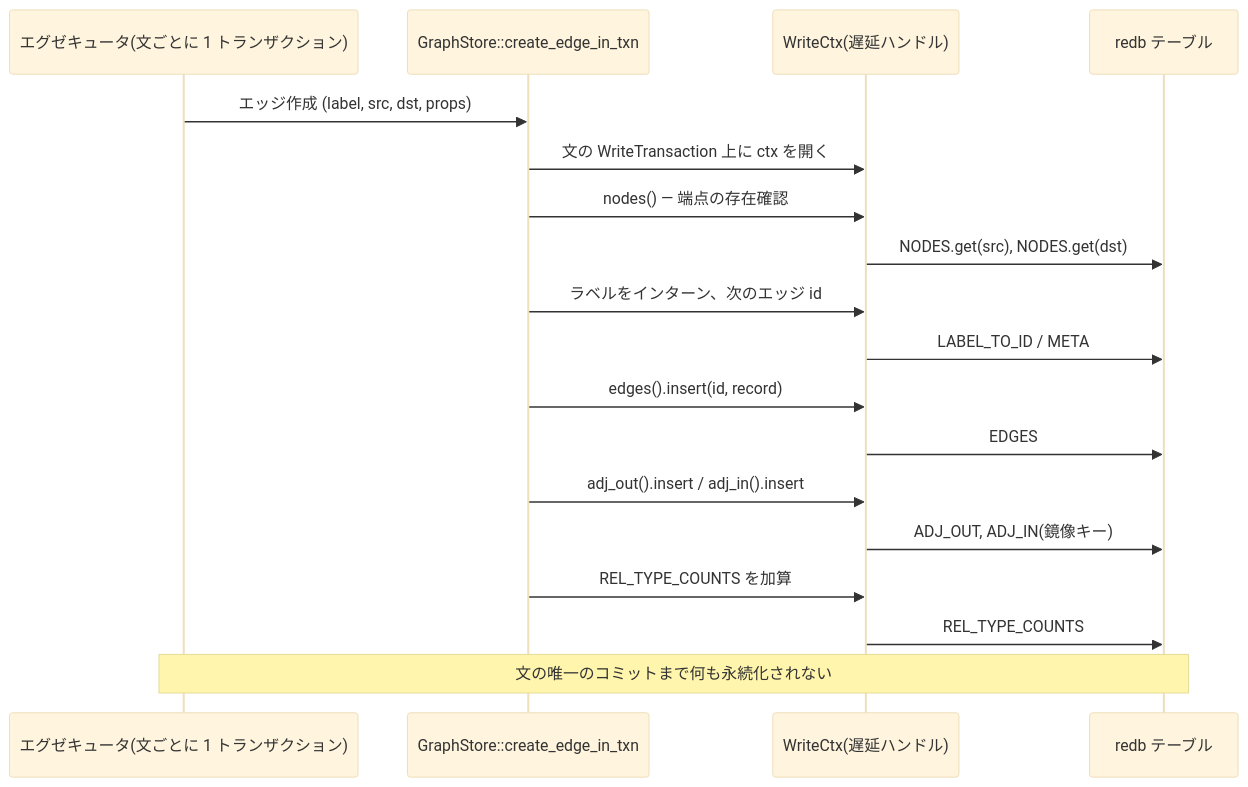
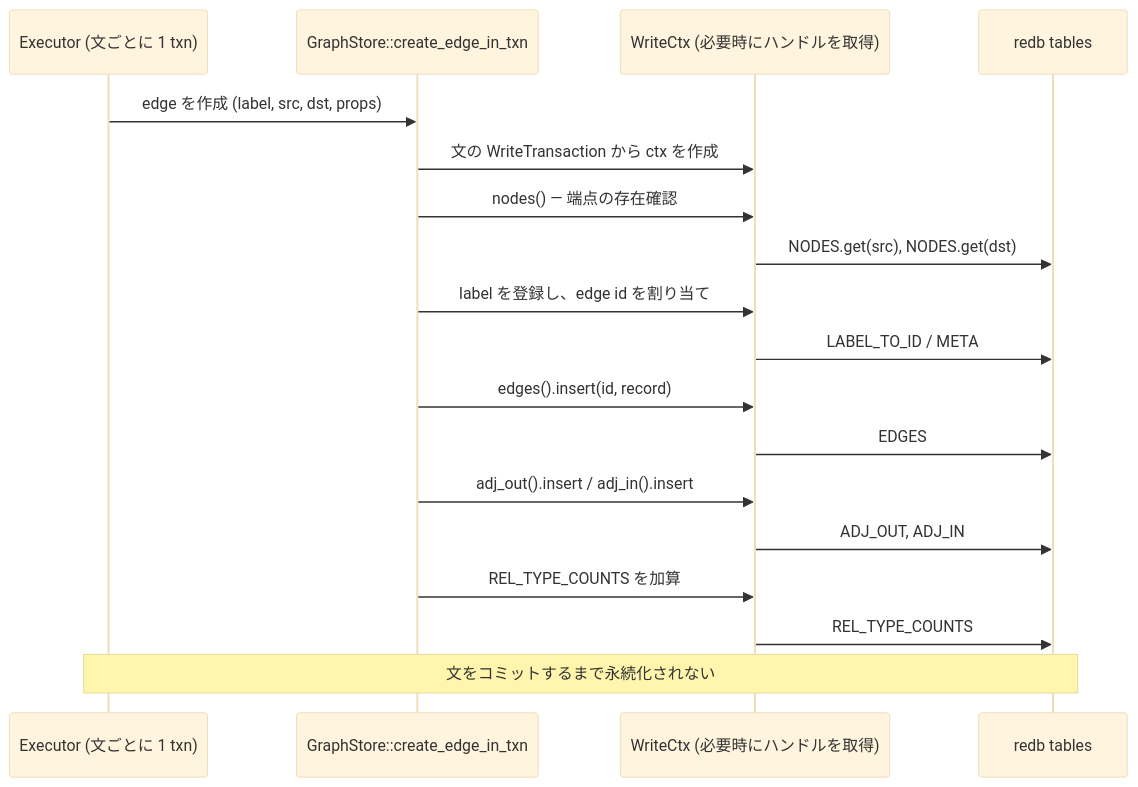
One commit to knoguchi/marsdb changed the diagram in book/src/internals/ja/write-path.md. Above: the diagram before and after it, drawn with Mermaid (base theme). The commit also changed other lines of this file and 7 other files, not shown here.

````diff
--- a/book/src/internals/ja/write-path.md
+++ b/book/src/internals/ja/write-path.md
@@ -36,20 +31,20 @@
 ```mermaid
 sequenceDiagram
-    participant E as エグゼキュータ(文ごとに 1 トランザクション)
+    participant E as Executor (文ごとに 1 txn)
     participant S as GraphStore::create_edge_in_txn
-    participant C as WriteCtx(遅延ハンドル)
-    participant T as redb テーブル
-    E->>S: エッジ作成 (label, src, dst, props)
-    S->>C: 文の WriteTransaction 上に ctx を開く
+    participant C as WriteCtx (必要時にハンドルを取得)
+    participant T as redb tables
+    E->>S: edge を作成 (label, src, dst, props)
+    S->>C: 文の WriteTransaction から ctx を作成
     S->>C: nodes() — 端点の存在確認
     C->>T: NODES.get(src), NODES.get(dst)
-    S->>C: ラベルをインターン、次のエッジ id
+    S->>C: label を登録し、edge id を割り当て
     C->>T: LABEL_TO_ID / META
     S->>C: edges().insert(id, record)
     C->>T: EDGES
     S->>C: adj_out().insert / adj_in().insert
-    C->>T: ADJ_OUT, ADJ_IN(鏡像キー)
+    C->>T: ADJ_OUT, ADJ_IN
     S->>C: REL_TYPE_COUNTS を加算
     C->>T: REL_TYPE_COUNTS
-    Note over E,T: 文の唯一のコミットまで何も永続化されない
+    Note over E,T: 文をコミットするまで永続化されない
 ```
````
